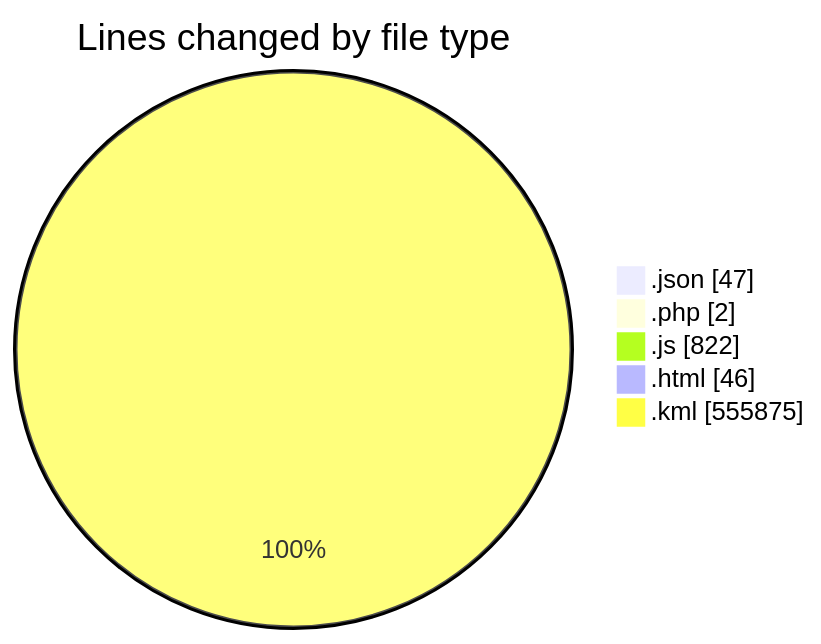
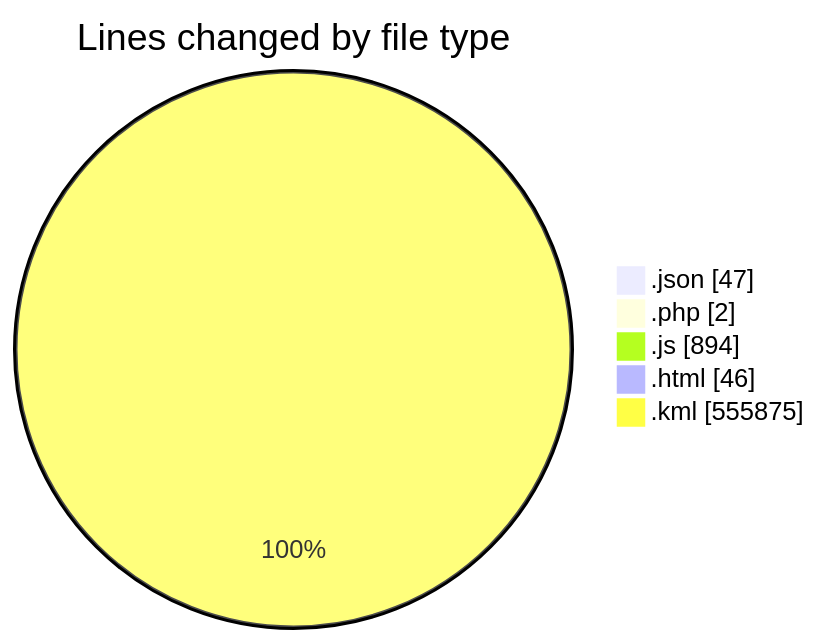
One commit to LanceThiago/code-tracking changed the first of 2 diagrams in 2025-03-27/kml/README.md. Above: the diagram before and after it, drawn with Mermaid. The commit also changed other lines of this file and 1 other file, not shown here.

````diff
--- a/2025-03-27/kml/README.md
+++ b/2025-03-27/kml/README.md
@@ -28,9 +28,9 @@
 ```mermaid
 pie showData
 title Lines changed by file type
 ".json" : 47
 ".php" : 2
-".js" : 822
+".js" : 894
 ".html" : 46
 ".kml" : 555875
 ```
````
